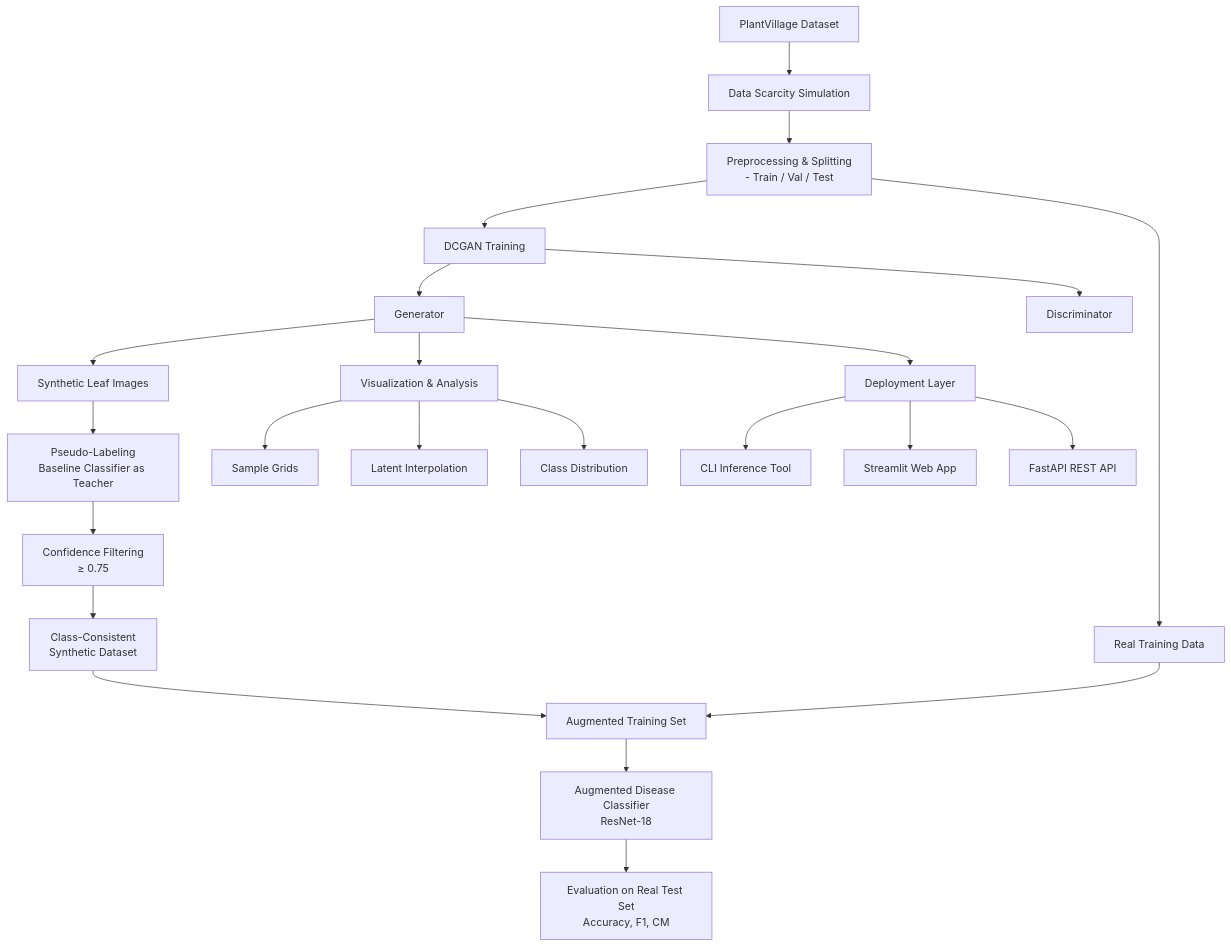
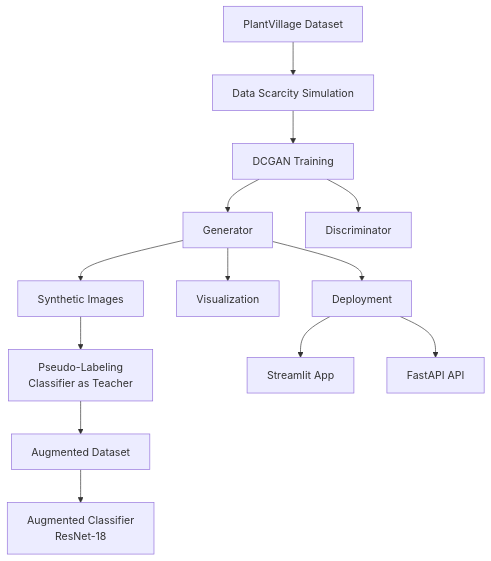
The diagram in README.md (LaxmiVarshithaCH/Synthetic-Crop-Leaf-Disease-Image-Generation-Using-DCGAN), drawn with Mermaid before and after one commit.

````diff
--- a/README.md
+++ b/README.md
@@ -98,32 +98,19 @@
 ```mermaid
 flowchart TD
-    A[PlantVillage Dataset<br/>] --> B[Data Scarcity Simulation]
-    B --> C[Preprocessing & Splitting<br/> - Train / Val / Test]
+    A[PlantVillage Dataset] --> B[Data Scarcity Simulation]
+    B --> C[DCGAN Training]
 
-    C --> D[DCGAN Training<br/>]
-    D --> E[Generator]
-    D --> F[Discriminator]
+    C --> D[Generator]
+    C --> E[Discriminator]
 
-    E --> G[Synthetic Leaf Images]
-    G --> H[Pseudo-Labeling<br/>Baseline Classifier as Teacher]
-    H --> I[Confidence Filtering<br/>≥ 0.75]
+    D --> F[Synthetic Images]
+    F --> G[Pseudo-Labeling<br/>Classifier as Teacher]
+    G --> H[Augmented Dataset]
 
-    I --> J[Class-Consistent<br/>Synthetic Dataset]
-    C --> K[Real Training Data]
+    H --> I[Augmented Classifier<br/>ResNet-18]
 
-    J --> L[Augmented Training Set]
-    K --> L
-
-    L --> M[Augmented Disease Classifier<br/>ResNet-18]
-
-    M --> N[Evaluation on Real Test Set<br/>Accuracy, F1, CM]
-    E --> O[Visualization & Analysis]
-    O --> P[Sample Grids]
-    O --> Q[Latent Interpolation]
-    O --> R[Class Distribution]
-
-    E --> S[Deployment Layer]
-    S --> T[CLI Inference Tool]
-    S --> U[Streamlit Web App]
-    S --> V[FastAPI REST API]
+    D --> J[Visualization]
+    D --> K[Deployment]
+    K --> L[Streamlit App]
+    K --> M[FastAPI API]
 ```
````
